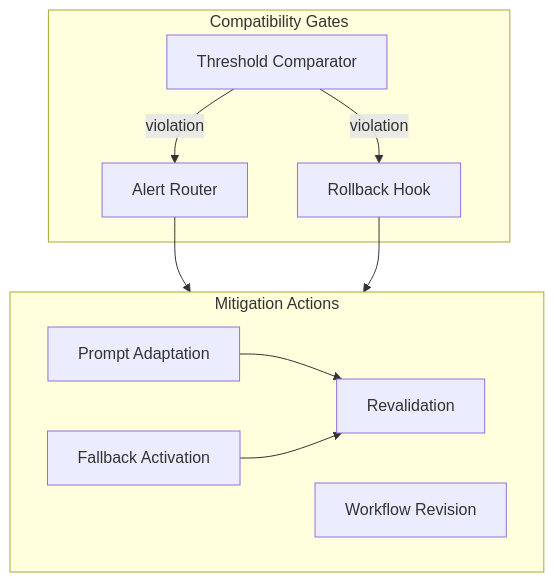
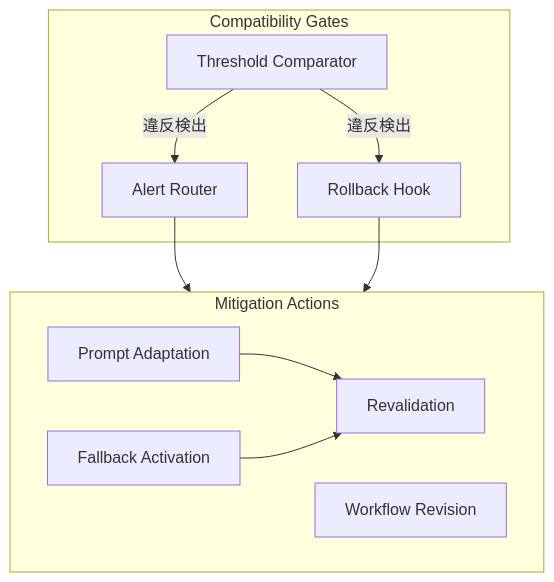
The fifth of 7 diagrams in articles/test-before-you-deploy_20260502.md (suwa-sh/zenn-contents), drawn with Mermaid before and after one commit. The commit also changed other lines of this file, not shown here.

````diff
--- a/articles/test-before-you-deploy_20260502.md
+++ b/articles/test-before-you-deploy_20260502.md
@@ -215,22 +220,22 @@
 ```mermaid
 graph TD
     subgraph CG["Compatibility Gates"]
         TC[Threshold Comparator]
         AR[Alert Router]
         RH[Rollback Hook]
     end
 
     subgraph MA["Mitigation Actions"]
         PA[Prompt Adaptation]
         WR[Workflow Revision]
         FA[Fallback Activation]
         RV[Revalidation]
     end
 
-    TC -->|violation| AR
-    TC -->|violation| RH
+    TC -->|違反検出| AR
+    TC -->|違反検出| RH
     AR --> MA
     RH --> MA
     PA --> RV
     FA --> RV
 ```
````
